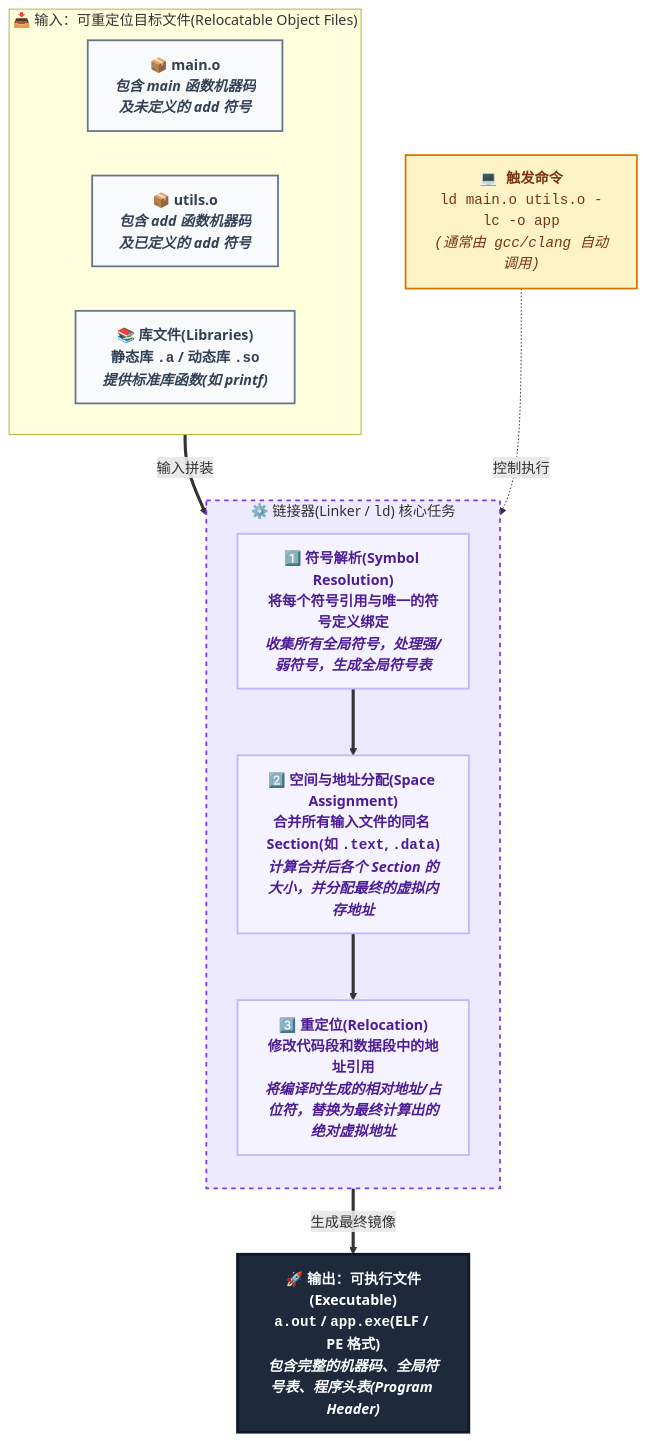
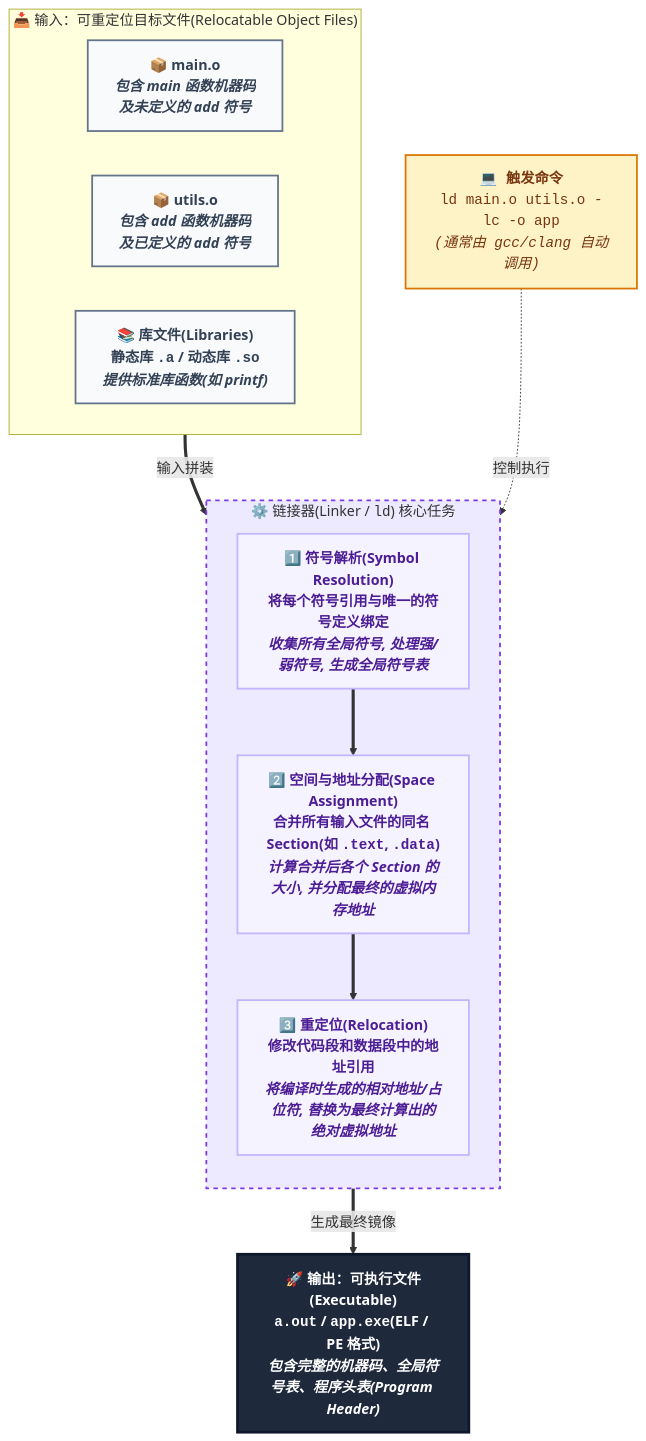
Before and after one commit to dmjcb/dmjcb.github.io: the sixth of 10 diagrams in _posts/c_c++/compile/2021-06-15-编译过程.md, drawn with Mermaid. The commit also changed other lines of this file and 12 other files, not shown here.

````diff
--- a/_posts/c_c++/compile/2021-06-15-编译过程.md
+++ b/_posts/c_c++/compile/2021-06-15-编译过程.md
@@ -697,47 +697,47 @@
 ```mermaid
 flowchart TD
-    %% 样式定义(延续前文色彩体系，链接阶段使用紫色系)
+    %% 样式定义(延续前文色彩体系, 链接阶段使用紫色系)
     classDef fileNode fill:#f8fafc,stroke:#64748b,stroke-width:2px,color:#334155,font-weight:bold;
     
     classDef linkerBox fill:#ede9fe,stroke:#7c3aed,stroke-width:2px,stroke-dasharray: 5 5;
     classDef linkNode fill:#f5f3ff,stroke:#c4b5fd,stroke-width:2px,color:#4c1d95,font-weight:bold;
     
     classDef exeNode fill:#1e293b,stroke:#0f172a,stroke-width:3px,color:#ffffff,font-weight:bold,font-size:16px;
     classDef cmdNode fill:#fef3c7,stroke:#d97706,stroke-width:2px,color:#78350f,font-family:monospace;
 
     %% 输入文件区
     subgraph Inputs ["📥 输入：可重定位目标文件(Relocatable Object Files)"]
         direction LR
         O1["📦 <b>main.o</b><br/><i>包含 main 函数机器码<br/>及未定义的 add 符号</i>"]
         O2["📦 <b>utils.o</b><br/><i>包含 add 函数机器码<br/>及已定义的 add 符号</i>"]
         Lib["📚 <b>库文件(Libraries)</b><br/>静态库 <code>.a</code> / 动态库 <code>.so</code><br/><i>提供标准库函数(如 printf)</i>"]
     end
 
     %% 链接器核心区
     subgraph Linker ["⚙️ 链接器(Linker / <code>ld</code>) 核心任务"]
         direction TB
-        S1["1️⃣ <b>符号解析(Symbol Resolution)</b><br/>将每个符号引用与唯一的符号定义绑定<br/><i>收集所有全局符号，处理强/弱符号，生成全局符号表</i>"]
-        S2["2️⃣ <b>空间与地址分配(Space Assignment)</b><br/>合并所有输入文件的同名 Section(如 <code>.text</code>, <code>.data</code>)<br/><i>计算合并后各个 Section 的大小，并分配最终的虚拟内存地址</i>"]
-        S3["3️⃣ <b>重定位(Relocation)</b><br/>修改代码段和数据段中的地址引用<br/><i>将编译时生成的相对地址/占位符，替换为最终计算出的绝对虚拟地址</i>"]
+        S1["1️⃣ <b>符号解析(Symbol Resolution)</b><br/>将每个符号引用与唯一的符号定义绑定<br/><i>收集所有全局符号, 处理强/弱符号, 生成全局符号表</i>"]
+        S2["2️⃣ <b>空间与地址分配(Space Assignment)</b><br/>合并所有输入文件的同名 Section(如 <code>.text</code>, <code>.data</code>)<br/><i>计算合并后各个 Section 的大小, 并分配最终的虚拟内存地址</i>"]
+        S3["3️⃣ <b>重定位(Relocation)</b><br/>修改代码段和数据段中的地址引用<br/><i>将编译时生成的相对地址/占位符, 替换为最终计算出的绝对虚拟地址</i>"]
         
         S1 ==> S2 ==> S3
     end
 
     %% 输出文件区
     Out["🚀 <b>输出：可执行文件(Executable)</b><br/><code>a.out</code> / <code>app.exe</code>(ELF / PE 格式)<br/><i>包含完整的机器码、全局符号表、程序头表(Program Header)</i>"]
     
     Cmd["💻 <b>触发命令</b><br/><code>ld main.o utils.o -lc -o app</code><br/><i>(通常由 gcc/clang 自动调用)</i>"]
 
     %% 连线关系
     Inputs ==>|"输入拼装"| Linker
     Linker ==>|"生成最终镜像"| Out
     Cmd -. "控制执行" .-> Linker
 
     %% 应用样式
     class O1,O2,Lib fileNode;
     class Linker linkerBox;
     class S1,S2,S3 linkNode;
     class Out exeNode;
     class Cmd cmdNode;
 
 ```
````
